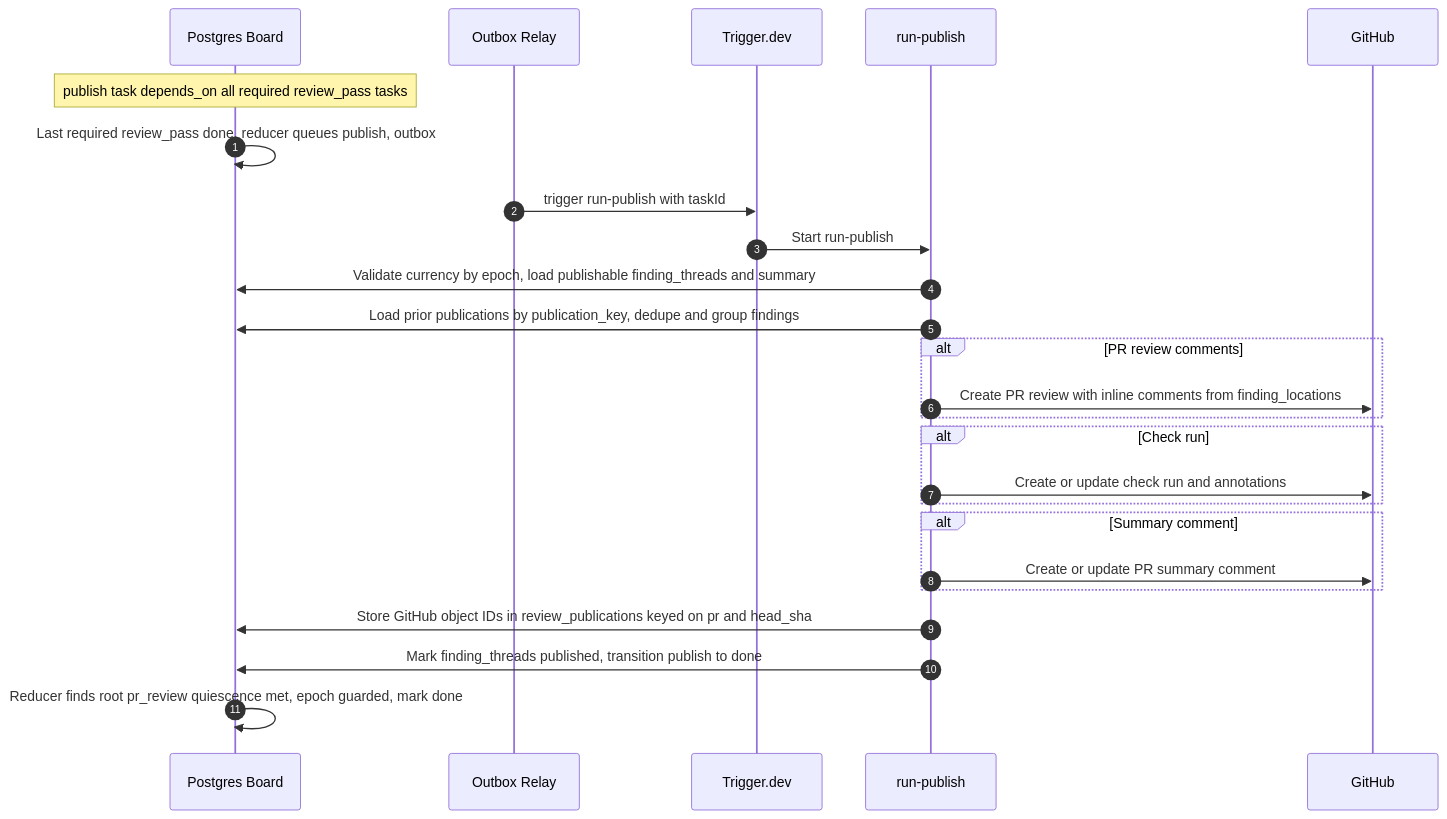
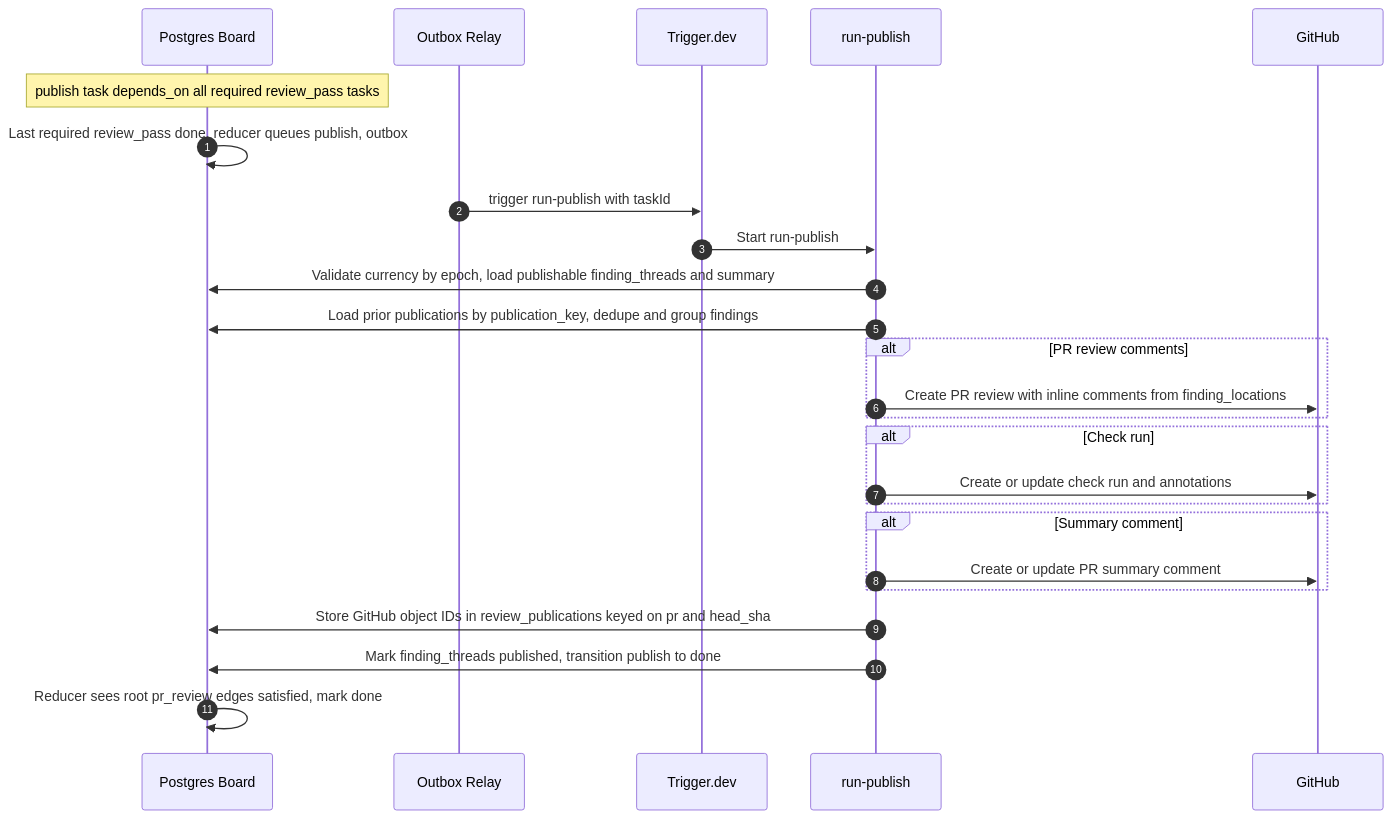
One commit to keon/jina-context-wiki-e2e-20260808 changed the fourth of 9 diagrams in docs/SEQUENCE_DIAGRAM.md. Above: the diagram before and after it, drawn with Mermaid. The commit also changed other lines of this file and 28 other files, not shown here.

````diff
--- a/docs/SEQUENCE_DIAGRAM.md
+++ b/docs/SEQUENCE_DIAGRAM.md
@@ -128,27 +121,27 @@
 ```mermaid
 sequenceDiagram
     autonumber
     participant Board as Postgres Board
     participant Relay as Outbox Relay
     participant Trigger as Trigger.dev
     participant Run as run-publish
     participant GitHub
     note over Board: publish task depends_on all required review_pass tasks
     Board->>Board: Last required review_pass done, reducer queues publish, outbox
     Relay->>Trigger: trigger run-publish with taskId
     Trigger->>Run: Start run-publish
     Run->>Board: Validate currency by epoch, load publishable finding_threads and summary
     Run->>Board: Load prior publications by publication_key, dedupe and group findings
     alt PR review comments
         Run->>GitHub: Create PR review with inline comments from finding_locations
     end
     alt Check run
         Run->>GitHub: Create or update check run and annotations
     end
     alt Summary comment
         Run->>GitHub: Create or update PR summary comment
     end
     Run->>Board: Store GitHub object IDs in review_publications keyed on pr and head_sha
     Run->>Board: Mark finding_threads published, transition publish to done
-    Board->>Board: Reducer finds root pr_review quiescence met, epoch guarded, mark done
+    Board->>Board: Reducer sees root pr_review edges satisfied, mark done
 ```
````
